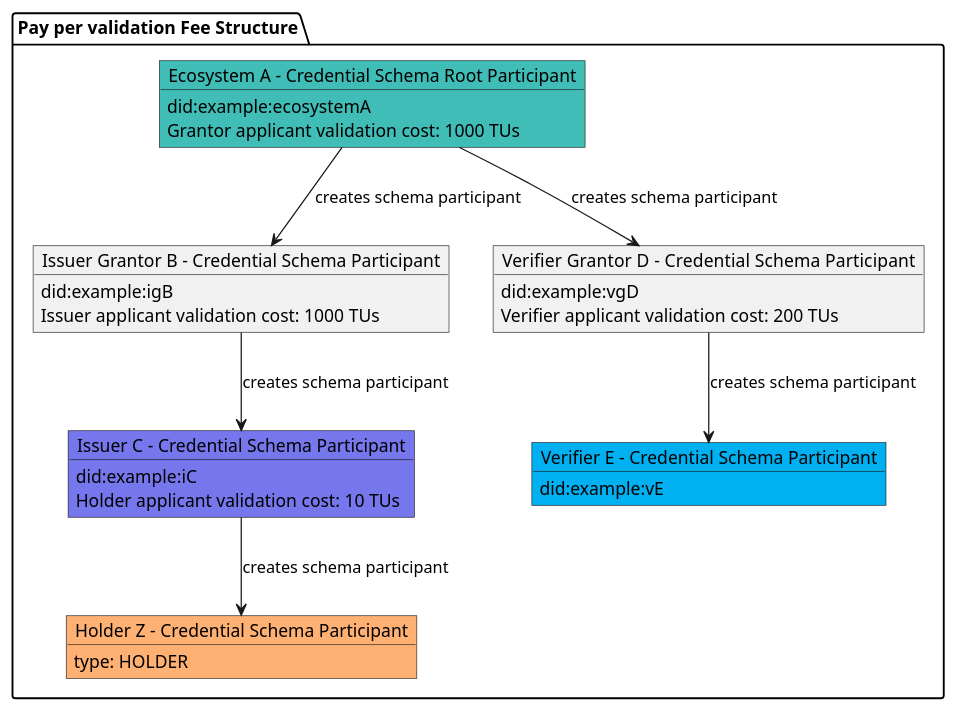
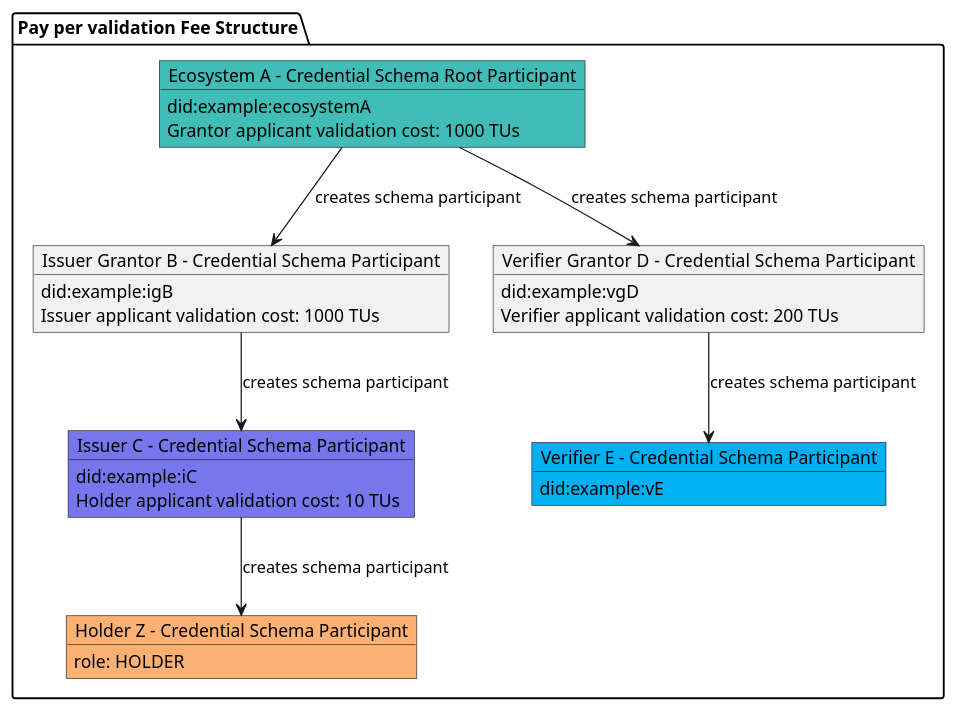
One commit to verana-labs/verifiable-trust-vpr-spec changed the fourth of 21 diagrams in spec.md. Above: the diagram before and after it, drawn with PlantUML. The commit also changed other lines of this file, not shown here.

````diff
--- a/spec.md
+++ b/spec.md
@@ -444,41 +444,41 @@
 ```plantuml
 
 @startuml
 scale max 800 width
  
 package "Pay per validation Fee Structure" as cs {
 
     object "Ecosystem A - Credential Schema Root Participant" as tr #3fbdb6 {
         did:example:ecosystemA
         Grantor applicant validation cost: 1000 TUs
     }
     object "Issuer Grantor B - Credential Schema Participant" as ig {
         did:example:igB
         Issuer applicant validation cost: 1000 TUs
     }
     object "Issuer C - Credential Schema Participant" as issuer #7677ed  {
         did:example:iC
         Holder applicant validation cost: 10 TUs
     }
     object "Verifier Grantor D -  Credential Schema Participant" as vg {
         did:example:vgD
         Verifier applicant validation cost: 200 TUs
     }
     object "Verifier E - Credential Schema Participant" as verifier #00b0f0 {
         did:example:vE
     }
 
     object "Holder Z - Credential Schema Participant" as holder #FFB073 {
-        type: HOLDER
+        role: HOLDER
     }
 }
 
 tr --> ig : creates schema participant
 ig --> issuer : creates schema participant
 issuer --> holder: creates schema participant
 tr --> vg : creates schema participant
 vg --> verifier : creates schema participant
 
 @enduml
 
 ```
````
